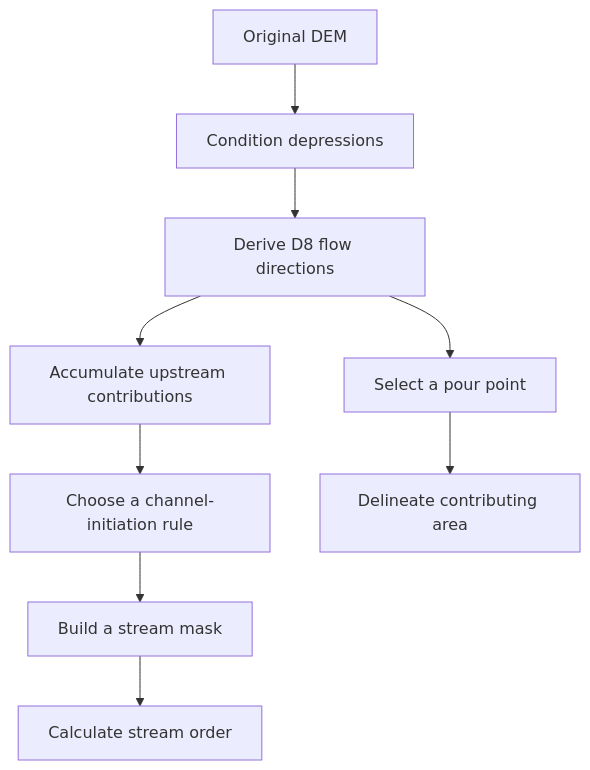
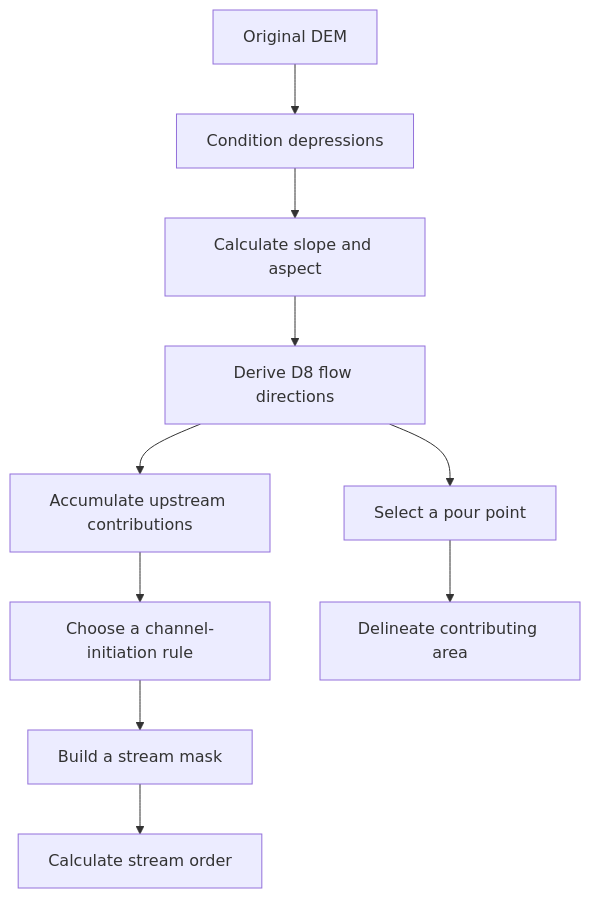
The diagram in learning-paths/raster-hydrology-foundations.md (geo-dev-hub/spatial-analysis), drawn with Mermaid before and after one commit. The commit also changed other lines of this file and 2 other files, not shown here.

```diff
--- a/learning-paths/raster-hydrology-foundations.md
+++ b/learning-paths/raster-hydrology-foundations.md
@@ -21,11 +22,12 @@
 ~~~mermaid
 flowchart TD
   A[Original DEM] --> B[Condition depressions]
-  B --> C[Derive D8 flow directions]
-  C --> D[Accumulate upstream contributions]
-  D --> E[Choose a channel-initiation rule]
-  E --> F[Build a stream mask]
-  F --> G[Calculate stream order]
-  C --> H[Select a pour point]
-  H --> I[Delineate contributing area]
+  B --> C[Calculate slope and aspect]
+  C --> D[Derive D8 flow directions]
+  D --> E[Accumulate upstream contributions]
+  E --> F[Choose a channel-initiation rule]
+  F --> G[Build a stream mask]
+  G --> H[Calculate stream order]
+  D --> I[Select a pour point]
+  I --> J[Delineate contributing area]
 ~~~
```
